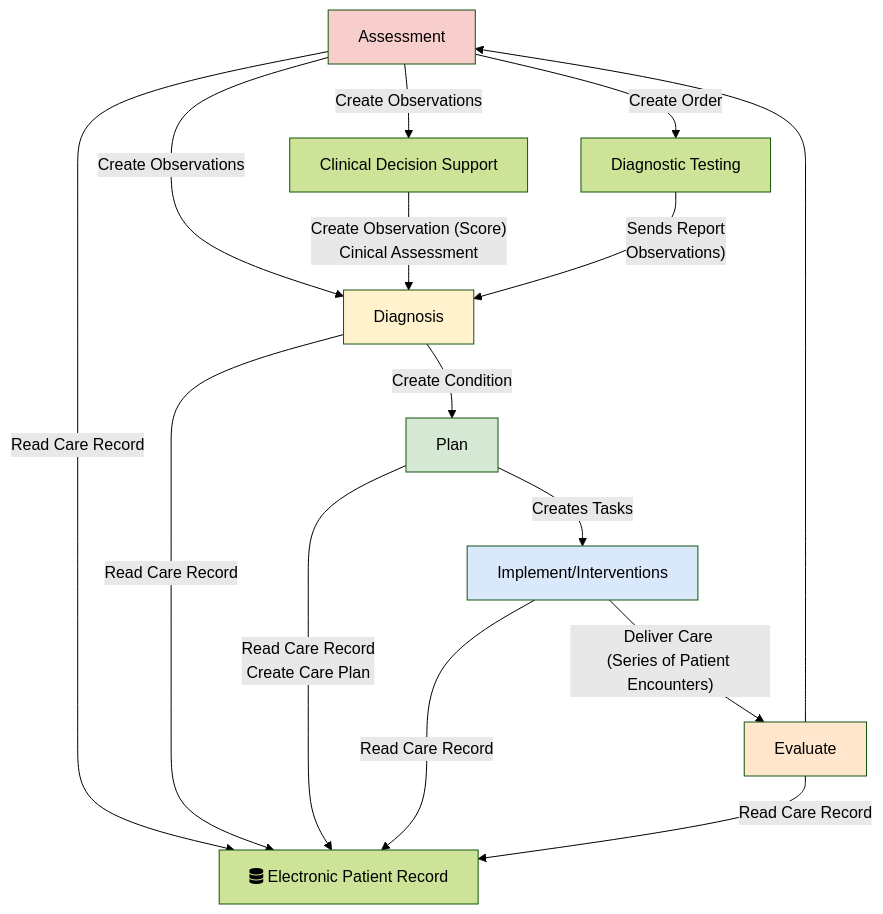
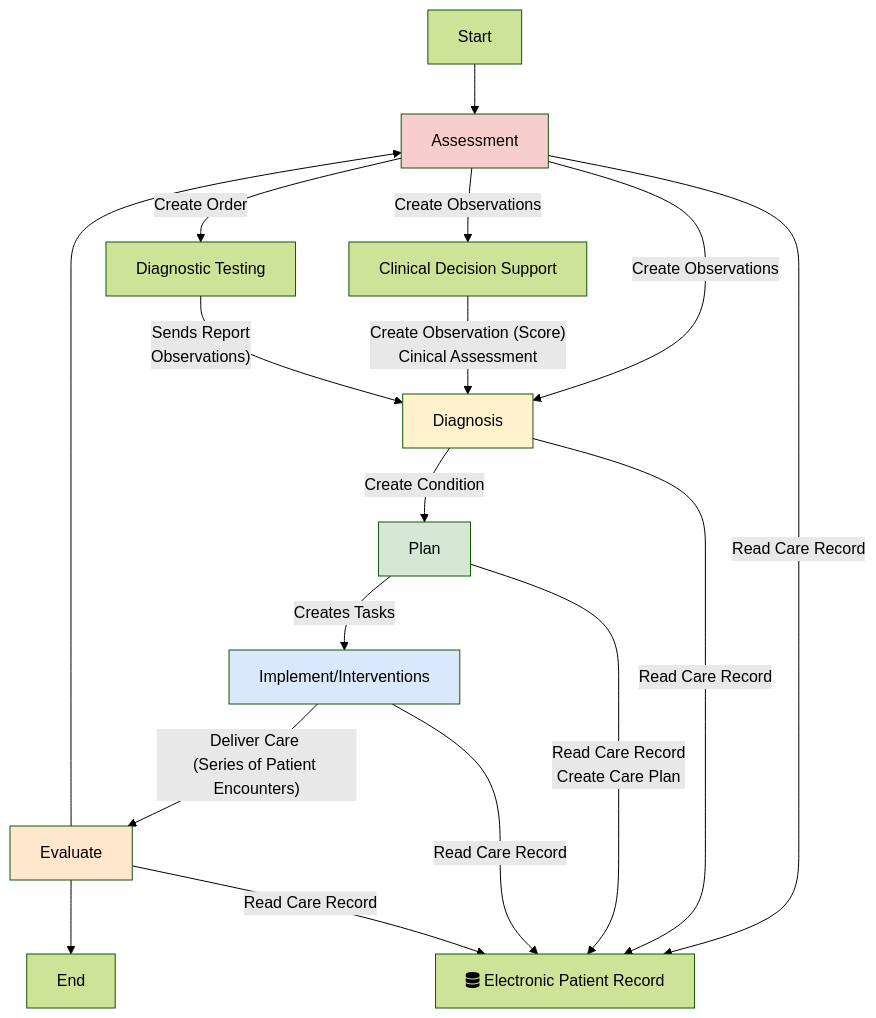
The first of 2 diagrams in input/pagecontent/index.md (Virtually-Healthcare/virtually-healthcare.github.com), drawn with Mermaid (forest theme) before and after one commit.

Commit message:
ADPIE elab

````diff
--- a/input/pagecontent/index.md
+++ b/input/pagecontent/index.md
@@ -52,32 +52,34 @@
 ```mermaid
 graph TD;
+    Start --> Assessment
     Assessment[Assessment]-->|Create Observations| Diagnosis;
     Assessment --> |Create Observations| ClinicalDecisionSupport
     Assessment --> |Create Order| DiagnosticTesting
 
     ClinicalDecisionSupport[Clinical Decision Support]  --> |"Create Observation (Score)<br/>Cinical Assessment"| Diagnosis
     DiagnosticTesting[Diagnostic Testing] --> |"Sends Report <br/> Observations)"| Diagnosis
     Diagnosis[Diagnosis]-->|Create Condition| Plan;
     Plan -->|Creates Tasks| Implement;
     Implement[Implement/Interventions]-->|"Deliver Care <br/>(Series of Patient Encounters)"| Evaluate;
     Evaluate[Evaluate]-->Assessment;
+    Evaluate --> End
 
     EPR[fas:fa-database Electronic Patient Record] 
     Assessment --> |Read Care Record| EPR
     Diagnosis --> |Read Care Record| EPR
     Plan --> |Read Care Record <br/> Create Care Plan| EPR
     Implement --> |Read Care Record| EPR
     Evaluate --> |Read Care Record| EPR
     
     classDef yellow fill:#FFF2CC;
     classDef pink fill:#F8CECC
     classDef green fill:#D5E8D4;
     classDef blue fill:#DAE8FC;
     classDef orange fill:#FFE6CC;
 
     class Assessment pink
     class Diagnosis yellow
     class Plan green
     class Implement blue
     class Evaluate orange
 ```
````
